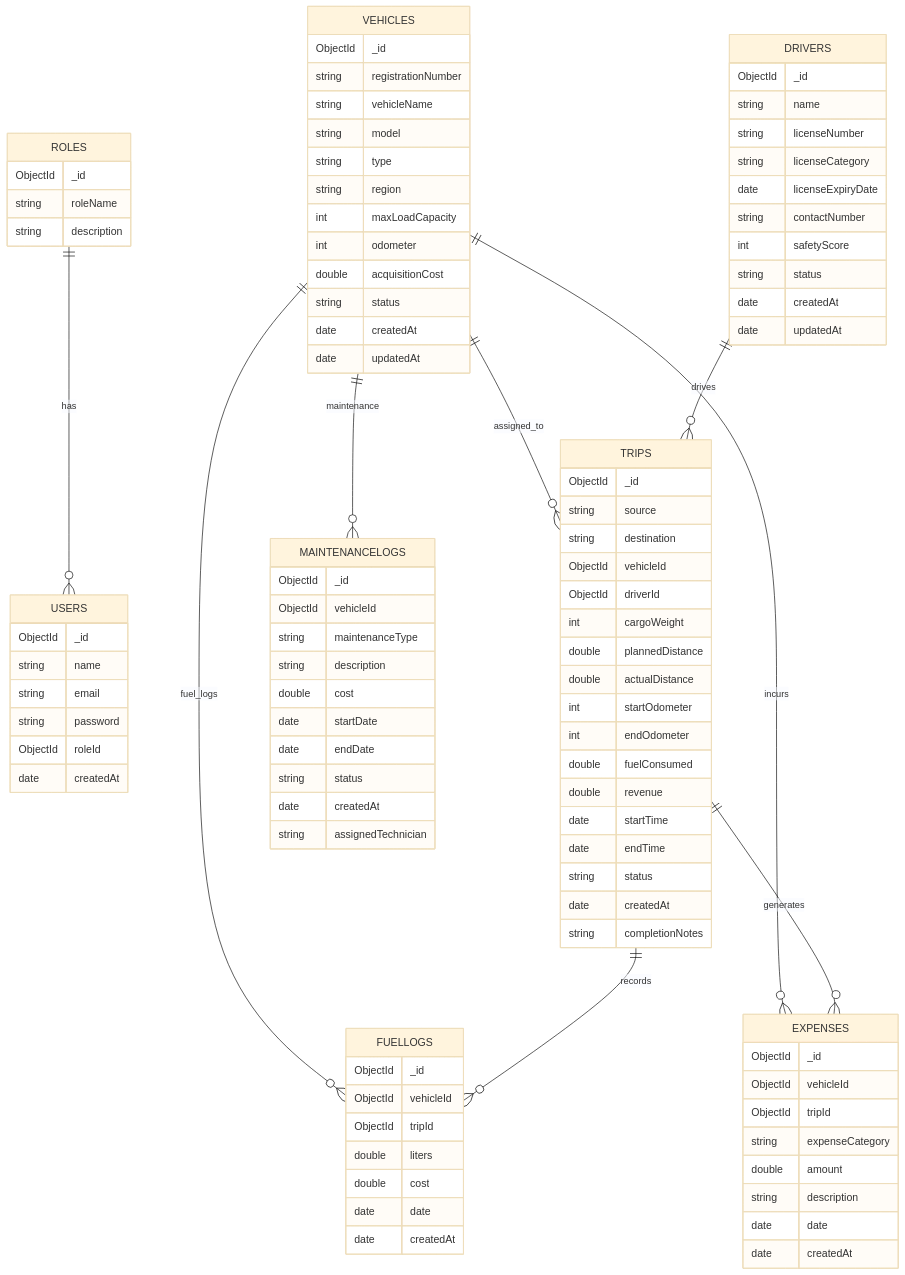
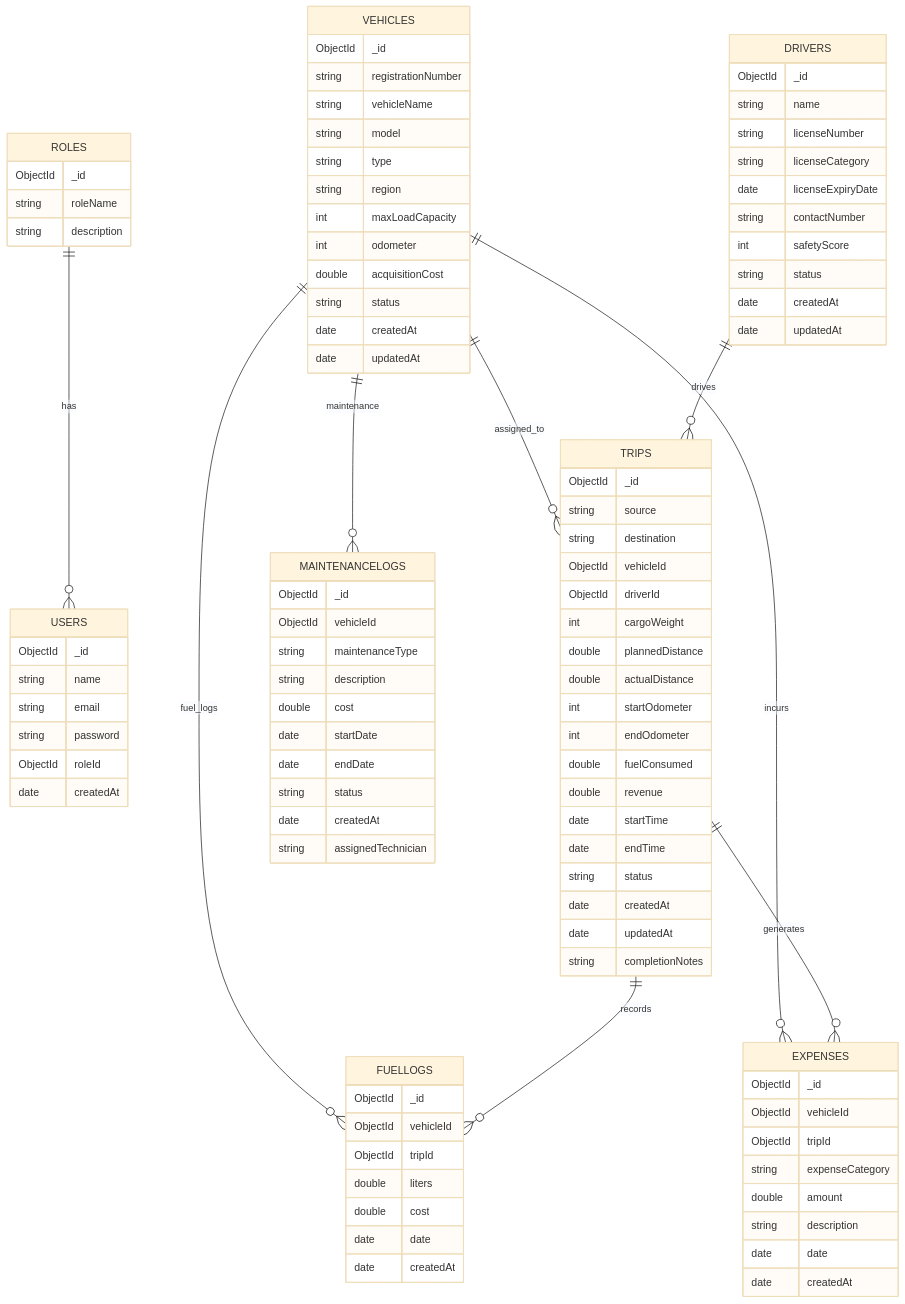
One commit to eyeofshreyas/odoo-Hackthon-2026 changed the diagram in docs/TAD.md. Above: the diagram before and after it, drawn with Mermaid (base theme). The commit also changed other lines of this file and 2 other files, not shown here.

```diff
--- a/docs/TAD.md
+++ b/docs/TAD.md
@@ -261,6 +259,7 @@
         date endTime
         string status
         date createdAt
+        date updatedAt
         string completionNotes
     }
 
```
